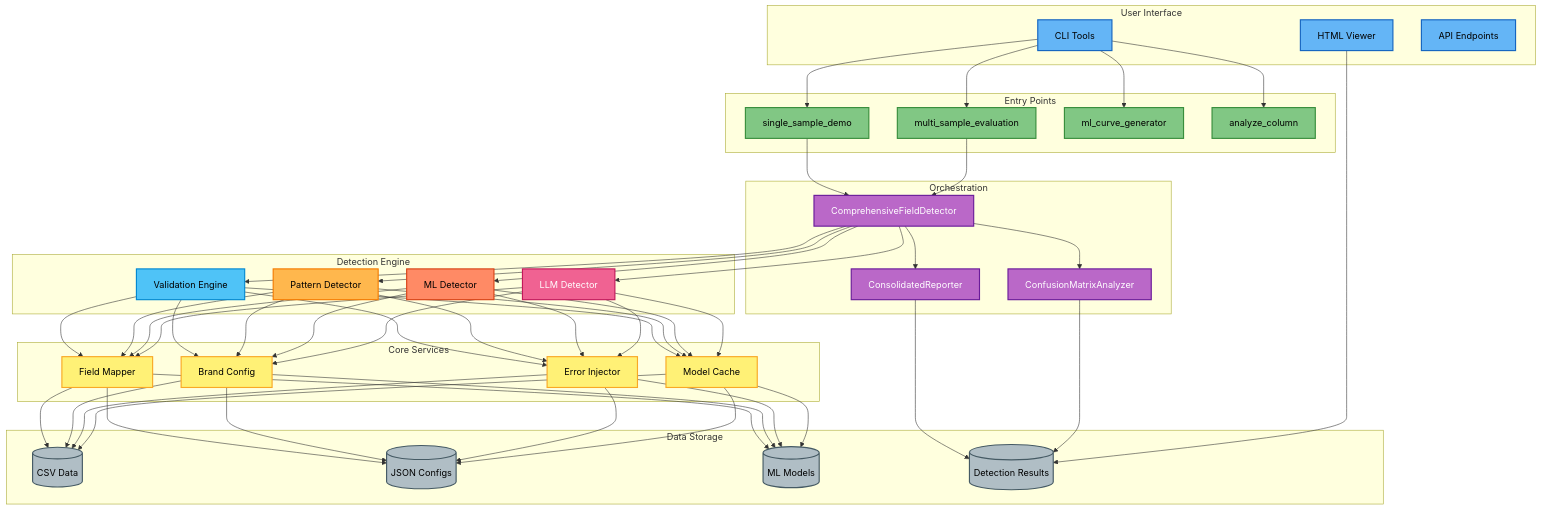
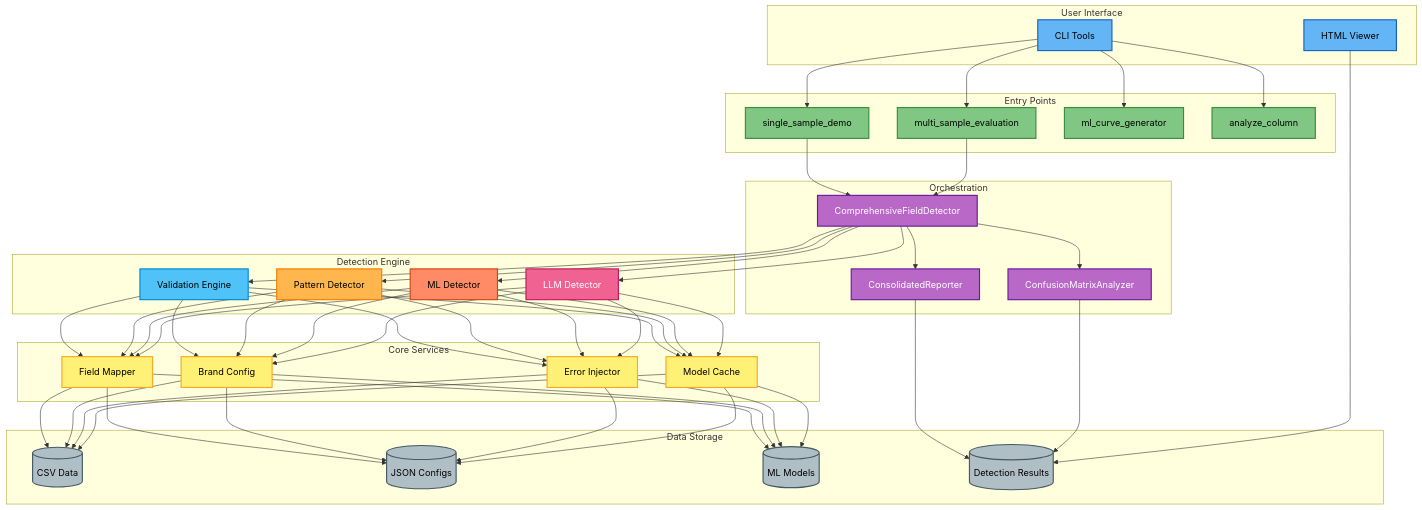
One commit to xafron-bv/data-quality-monitoring changed the first of 6 diagrams in docs/architecture/overview.md. Above: the diagram before and after it, drawn with Mermaid. The commit also changed other lines of this file and 36 other files, not shown here.

````diff
--- a/docs/architecture/overview.md
+++ b/docs/architecture/overview.md
@@ -21,61 +21,60 @@
 ```mermaid
 graph TB
     subgraph "User Interface"
         UI1[CLI Tools]:::ui
         UI2[HTML Viewer]:::ui
-        UI3[API Endpoints]:::ui
     end
     
     subgraph "Entry Points"
         EP1[single_sample_demo]:::entry
         EP2[multi_sample_evaluation]:::entry
         EP3[ml_curve_generator]:::entry
         EP4[analyze_column]:::entry
     end
     
     subgraph "Orchestration"
         O1[ComprehensiveFieldDetector]:::orchestrator
         O2[ConsolidatedReporter]:::orchestrator
         O3[ConfusionMatrixAnalyzer]:::orchestrator
     end
     
     subgraph "Detection Engine"
         DE1[Validation Engine]:::validator
         DE2[Pattern Detector]:::detector
         DE3[ML Detector]:::ml
         DE4[LLM Detector]:::llm
     end
     
     subgraph "Core Services"
         CS1[Field Mapper]:::service
         CS2[Brand Config]:::service
         CS3[Error Injector]:::service
         CS4[Model Cache]:::service
     end
     
     subgraph "Data Storage"
         DS1[(CSV Data)]:::storage
         DS2[(JSON Configs)]:::storage
         DS3[(ML Models)]:::storage
         DS4[(Detection Results)]:::storage
     end
     
     UI1 --> EP1 & EP2 & EP3 & EP4
     EP1 & EP2 --> O1
     O1 --> DE1 & DE2 & DE3 & DE4
     DE1 & DE2 & DE3 & DE4 --> CS1 & CS2 & CS3 & CS4
     CS1 & CS2 & CS3 & CS4 --> DS1 & DS2 & DS3
     O1 --> O2 & O3
     O2 & O3 --> DS4
     UI2 --> DS4
     
     classDef ui fill:#64b5f6,stroke:#1565c0,stroke-width:2px,color:#000
     classDef entry fill:#81c784,stroke:#388e3c,stroke-width:2px,color:#000
     classDef orchestrator fill:#ba68c8,stroke:#6a1b9a,stroke-width:2px,color:#fff
     classDef validator fill:#4fc3f7,stroke:#0288d1,stroke-width:2px,color:#000
     classDef detector fill:#ffb74d,stroke:#f57c00,stroke-width:2px,color:#000
     classDef ml fill:#ff8a65,stroke:#d84315,stroke-width:2px,color:#000
     classDef llm fill:#f06292,stroke:#c2185b,stroke-width:2px,color:#fff
     classDef service fill:#fff176,stroke:#f9a825,stroke-width:2px,color:#000
     classDef storage fill:#b0bec5,stroke:#455a64,stroke-width:2px,color:#000
 ```
````
